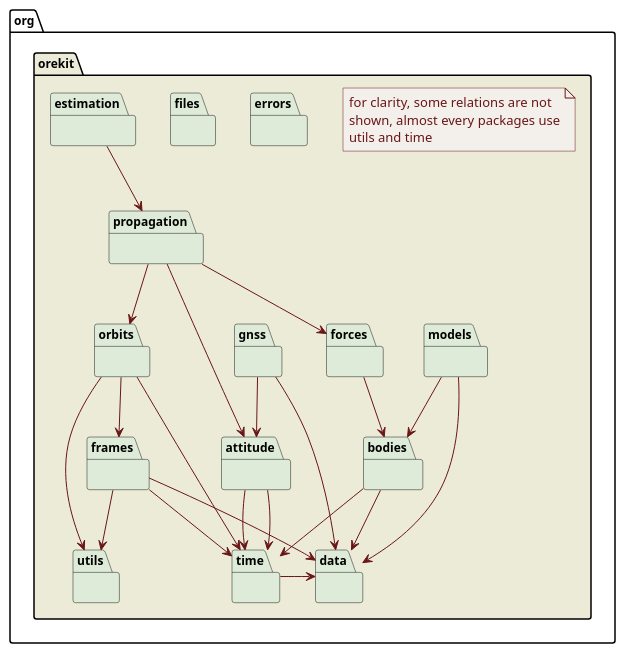
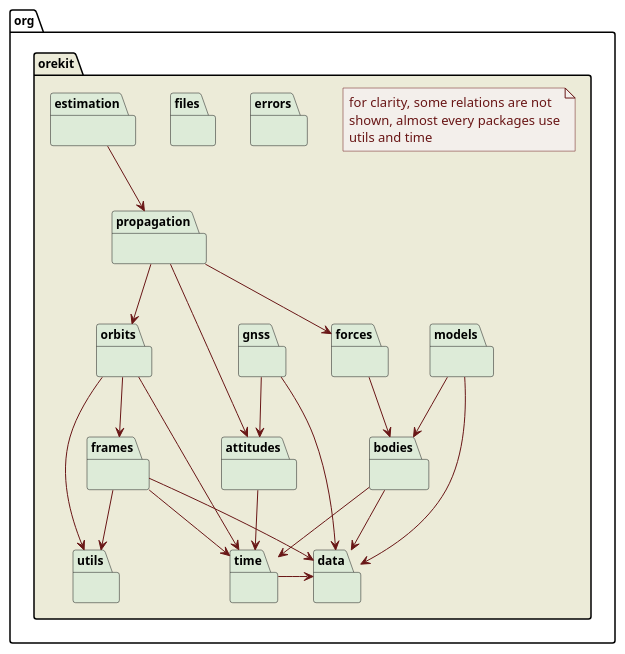
One commit to CS-SI/Orekit changed the diagram in src/design/top-packages.puml. Above: the diagram before and after it, drawn with PlantUML.

```diff
--- a/src/design/top-packages.puml
+++ b/src/design/top-packages.puml
@@ -17,73 +17,72 @@
 @startuml
 
   skinparam svek                  true
   skinparam ClassBackgroundColor  #F3EFEB/CCC9C5
   skinparam ClassArrowColor       #691616
   skinparam ClassBorderColor      #691616
   skinparam NoteBackgroundColor   #F3EFEB
   skinparam NoteBorderColor       #691616
   skinparam NoteFontColor         #691616
   skinparam ClassFontSize         11
   skinparam PackageFontSize       12
 
   package org.orekit #ECEBD8 {
 
-    package attitude #DDEBD8 {
+    package attitudes #DDEBD8 {
     }
     package bodies #DDEBD8 {
     }
     package data #DDEBD8 {
     }
     package errors #DDEBD8 {
     }
     package files #DDEBD8 {
     }
     package forces #DDEBD8 {
     }
     package frames #DDEBD8 {
     }
     package gnss #DDEBD8 {
     }
     package orbits #DDEBD8 {
     }
     package propagation #DDEBD8 {
     }
     package estimation #DDEBD8 {
     }
     package time #DDEBD8 {
     }
     package utils #DDEBD8 {
     }
     package models #DDEBD8 {
     }
 
     estimation  -->      propagation
-    propagation -->      attitude
+    propagation -->      attitudes
     propagation -->      forces
     forces      -->      bodies
     propagation -->      orbits
     orbits      -->      frames
-    attitude    -->      time
+    attitudes   -->      time
     orbits      -->      time
-    attitude    -->      time
     frames      -->      time
     bodies      -->      time
     bodies      -->      data
     models      -->      bodies
     models      -->      data
-    gnss        -->      attitude
+    gnss        -->      attitudes
     gnss        -->      data
     frames      -->      data
     time        -right-> data
     frames      -->      utils
     orbits      -->      utils
 
     note as N1
       for clarity, some relations are not
       shown, almost every packages use
       utils and time
     end note
 
   }
 
 @enduml
```
